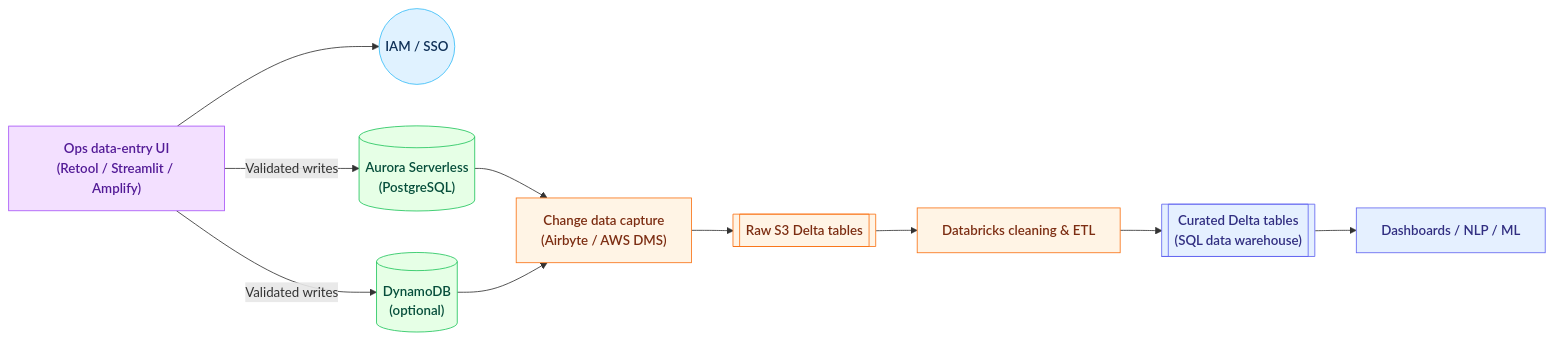
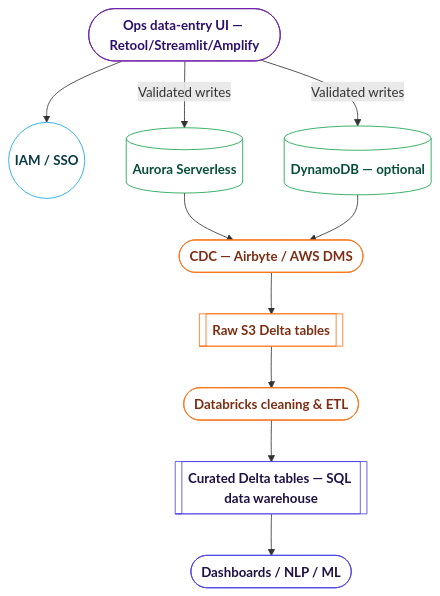
Before and after one commit to dinkarkumardk/3rdAssignment: the second of 3 diagrams in SCALABILITY_AND_DATA_PLATFORM_STRATEGY.md, drawn with Mermaid. The commit also changed other lines of this file, not shown here.

````diff
--- a/SCALABILITY_AND_DATA_PLATFORM_STRATEGY.md
+++ b/SCALABILITY_AND_DATA_PLATFORM_STRATEGY.md
@@ -94,32 +89,32 @@
 ```mermaid
-flowchart LR
-	classDef ui fill:#f3e0ff,stroke:#a855f7,stroke-width:1px,color:#521a96,font-weight:600;
-	classDef auth fill:#e0f2ff,stroke:#38bdf8,stroke-width:1px,color:#0f3057,font-weight:600;
-	classDef opstore fill:#e6ffe6,stroke:#22c55e,stroke-width:1px,color:#064e3b,font-weight:600;
-	classDef pipeline fill:#fff4e5,stroke:#f97316,stroke-width:1px,color:#7c2d12,font-weight:600;
-	classDef consumer fill:#e5f0ff,stroke:#6366f1,stroke-width:1px,color:#312e81,font-weight:600;
+flowchart TB
+	classDef ui fill:#ffffff,stroke:#6b21a8,stroke-width:1px,color:#2b0f6b,font-weight:700;
+	classDef auth fill:#ffffff,stroke:#0ea5e9,stroke-width:1px,color:#063945,font-weight:700;
+	classDef opstore fill:#ffffff,stroke:#16a34a,stroke-width:1px,color:#064e3b,font-weight:700;
+	classDef pipeline fill:#ffffff,stroke:#f97316,stroke-width:1px,color:#7c2d12,font-weight:700;
+	classDef consumer fill:#ffffff,stroke:#4f46e5,stroke-width:1px,color:#1f1144,font-weight:700;
 
-	UI["Ops data-entry UI<br/>(Retool / Streamlit / Amplify)"]
+	UI([Ops data-entry UI — Retool/Streamlit/Amplify])
 	Auth((IAM / SSO))
-	Aurora[("Aurora Serverless<br/>(PostgreSQL)")] 
-	Dynamo[("DynamoDB<br/>(optional)")]
-	CDC["Change data capture<br/>(Airbyte / AWS DMS)"]
-	RawS3[["Raw S3 Delta tables"]]
-	ETL["Databricks cleaning & ETL"]
-	Curated[["Curated Delta tables<br/>(SQL data warehouse)"]]
-	Consumers["Dashboards / NLP / ML"]
+	Aurora[(Aurora Serverless)]
+	Dynamo[(DynamoDB — optional)]
+	CDC([CDC — Airbyte / AWS DMS])
+	RawS3[[Raw S3 Delta tables]]
+	ETL([Databricks cleaning & ETL])
+	Curated[[Curated Delta tables — SQL data warehouse]]
+	Consumers([Dashboards / NLP / ML])
 
 	UI -->|Validated writes| Aurora
 	UI -->|Validated writes| Dynamo
 	UI --> Auth
 	Aurora --> CDC
 	Dynamo --> CDC
 	CDC --> RawS3
 	RawS3 --> ETL --> Curated --> Consumers
 
 	class UI ui;
 	class Auth auth;
 	class Aurora,Dynamo opstore;
 	class CDC,RawS3,ETL pipeline;
 	class Curated,Consumers consumer;
 ```
````
